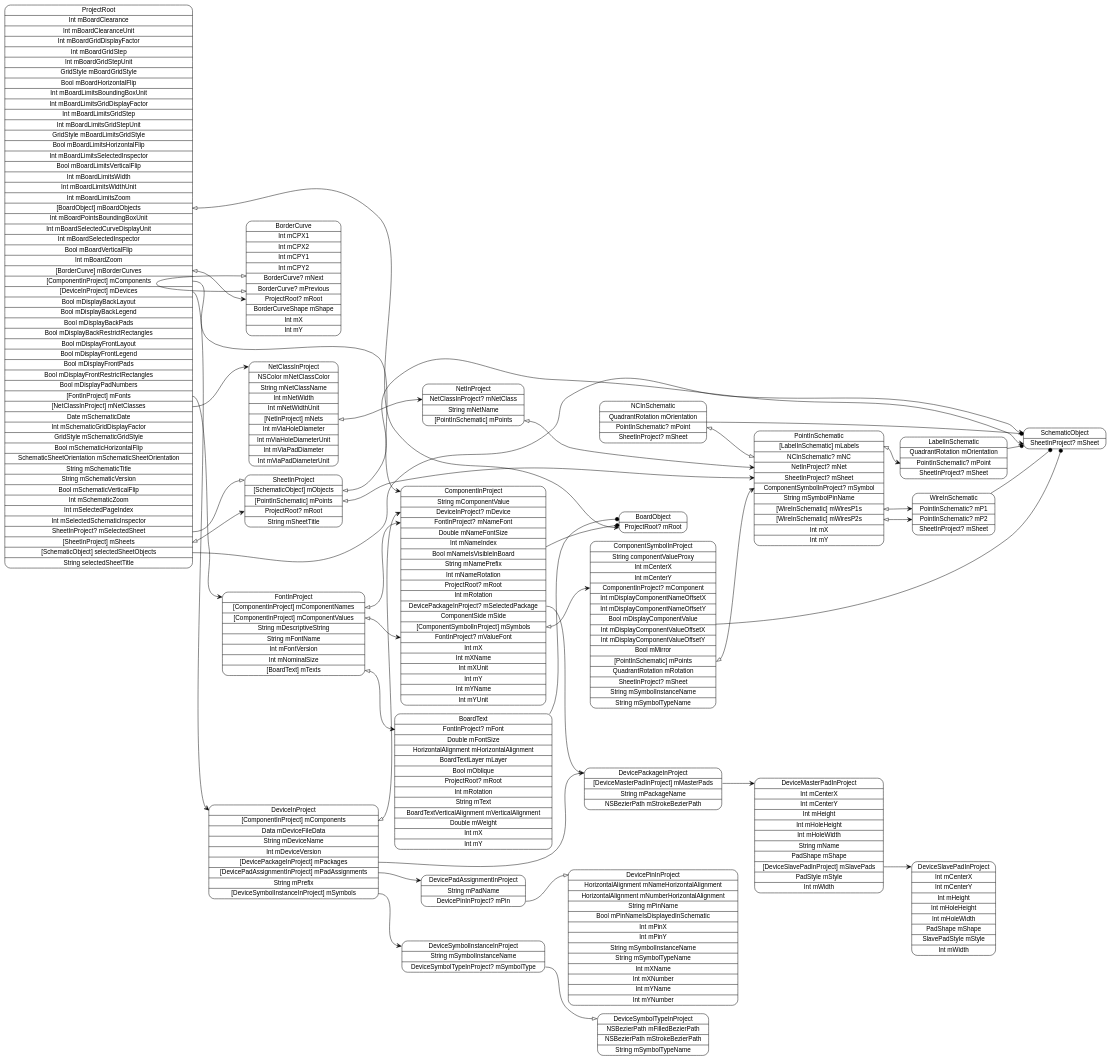
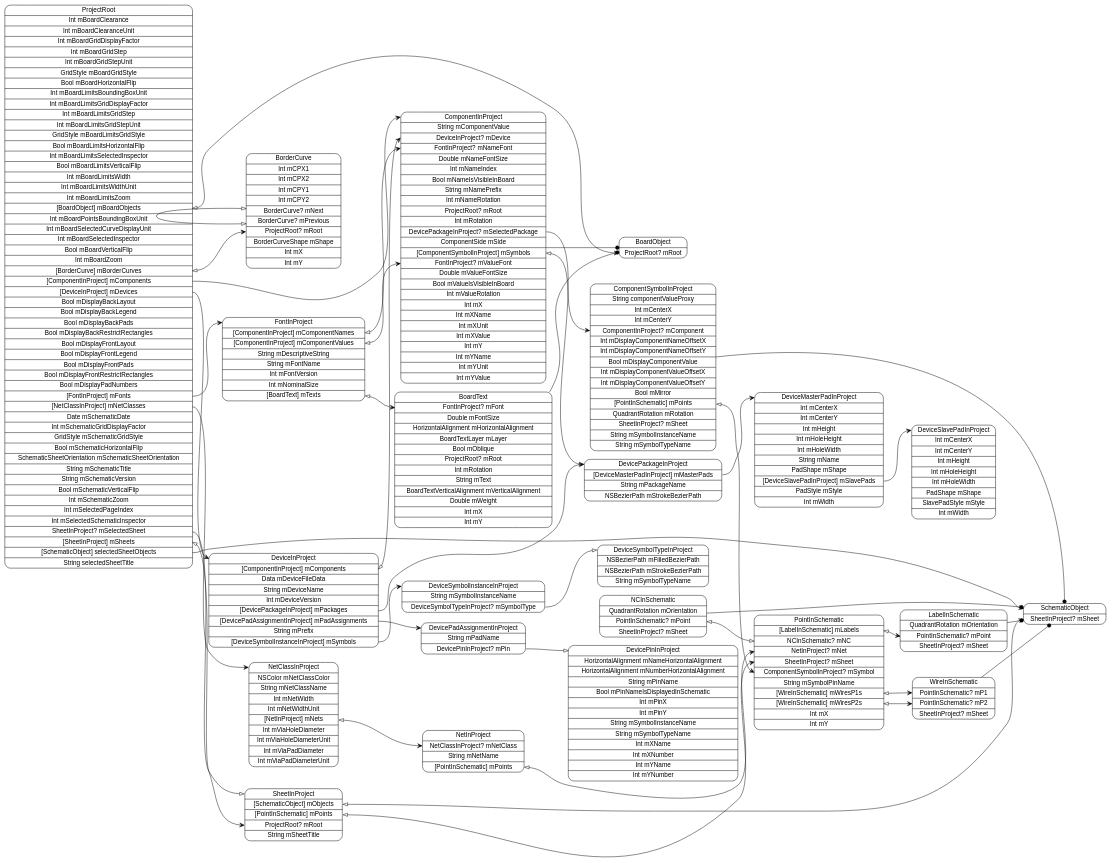
One commit to pierremolinaro/ElCanari-dev changed the diagram in models/ProjectRoot.dot. Above: the diagram before and after it, drawn with Graphviz. The commit also changed 14 other files, not shown here.

Commit message:
Component in board : display value

```diff
--- a/models/ProjectRoot.dot
+++ b/models/ProjectRoot.dot
@@ -1,65 +1,65 @@
 digraph G {
   rankdir=LR ;
   node [shape=record fontname=helvetica style=rounded] ;
   ProjectRoot[label="<ProjectRoot>ProjectRoot|Int mBoardClearance|Int mBoardClearanceUnit|Int mBoardGridDisplayFactor|Int mBoardGridStep|Int mBoardGridStepUnit|GridStyle mBoardGridStyle|Bool mBoardHorizontalFlip|Int mBoardLimitsBoundingBoxUnit|Int mBoardLimitsGridDisplayFactor|Int mBoardLimitsGridStep|Int mBoardLimitsGridStepUnit|GridStyle mBoardLimitsGridStyle|Bool mBoardLimitsHorizontalFlip|Int mBoardLimitsSelectedInspector|Bool mBoardLimitsVerticalFlip|Int mBoardLimitsWidth|Int mBoardLimitsWidthUnit|Int mBoardLimitsZoom|<mBoardObjects>[BoardObject] mBoardObjects|Int mBoardPointsBoundingBoxUnit|Int mBoardSelectedCurveDisplayUnit|Int mBoardSelectedInspector|Bool mBoardVerticalFlip|Int mBoardZoom|<mBorderCurves>[BorderCurve] mBorderCurves|<mComponents>[ComponentInProject] mComponents|<mDevices>[DeviceInProject] mDevices|Bool mDisplayBackLayout|Bool mDisplayBackLegend|Bool mDisplayBackPads|Bool mDisplayBackRestrictRectangles|Bool mDisplayFrontLayout|Bool mDisplayFrontLegend|Bool mDisplayFrontPads|Bool mDisplayFrontRestrictRectangles|Bool mDisplayPadNumbers|<mFonts>[FontInProject] mFonts|<mNetClasses>[NetClassInProject] mNetClasses|Date mSchematicDate|Int mSchematicGridDisplayFactor|GridStyle mSchematicGridStyle|Bool mSchematicHorizontalFlip|SchematicSheetOrientation mSchematicSheetOrientation|String mSchematicTitle|String mSchematicVersion|Bool mSchematicVerticalFlip|Int mSchematicZoom|Int mSelectedPageIndex|Int mSelectedSchematicInspector|<mSelectedSheet>SheetInProject? mSelectedSheet|<mSheets>[SheetInProject] mSheets|<selectedSheetObjects>[SchematicObject] selectedSheetObjects|String selectedSheetTitle"] ;
   SchematicObject[label="<SchematicObject>SchematicObject|<mSheet>SheetInProject? mSheet"] ;
   SheetInProject[label="<SheetInProject>SheetInProject|<mObjects>[SchematicObject] mObjects|<mPoints>[PointInSchematic] mPoints|<mRoot>ProjectRoot? mRoot|String mSheetTitle"] ;
   PointInSchematic[label="<PointInSchematic>PointInSchematic|<mLabels>[LabelInSchematic] mLabels|<mNC>NCInSchematic? mNC|<mNet>NetInProject? mNet|<mSheet>SheetInProject? mSheet|<mSymbol>ComponentSymbolInProject? mSymbol|String mSymbolPinName|<mWiresP1s>[WireInSchematic] mWiresP1s|<mWiresP2s>[WireInSchematic] mWiresP2s|Int mX|Int mY"] ;
   WireInSchematic[label="<WireInSchematic>WireInSchematic|<mP1>PointInSchematic? mP1|<mP2>PointInSchematic? mP2|<mSheet>SheetInProject? mSheet"] ;
   NCInSchematic[label="<NCInSchematic>NCInSchematic|QuadrantRotation mOrientation|<mPoint>PointInSchematic? mPoint|<mSheet>SheetInProject? mSheet"] ;
   LabelInSchematic[label="<LabelInSchematic>LabelInSchematic|QuadrantRotation mOrientation|<mPoint>PointInSchematic? mPoint|<mSheet>SheetInProject? mSheet"] ;
   NetClassInProject[label="<NetClassInProject>NetClassInProject|NSColor mNetClassColor|String mNetClassName|Int mNetWidth|Int mNetWidthUnit|<mNets>[NetInProject] mNets|Int mViaHoleDiameter|Int mViaHoleDiameterUnit|Int mViaPadDiameter|Int mViaPadDiameterUnit"] ;
   NetInProject[label="<NetInProject>NetInProject|<mNetClass>NetClassInProject? mNetClass|String mNetName|<mPoints>[PointInSchematic] mPoints"] ;
   FontInProject[label="<FontInProject>FontInProject|<mComponentNames>[ComponentInProject] mComponentNames|<mComponentValues>[ComponentInProject] mComponentValues|String mDescriptiveString|String mFontName|Int mFontVersion|Int mNominalSize|<mTexts>[BoardText] mTexts"] ;
   BoardText[label="<BoardText>BoardText|<mFont>FontInProject? mFont|Double mFontSize|HorizontalAlignment mHorizontalAlignment|BoardTextLayer mLayer|Bool mOblique|<mRoot>ProjectRoot? mRoot|Int mRotation|String mText|BoardTextVerticalAlignment mVerticalAlignment|Double mWeight|Int mX|Int mY"] ;
   DeviceInProject[label="<DeviceInProject>DeviceInProject|<mComponents>[ComponentInProject] mComponents|Data mDeviceFileData|String mDeviceName|Int mDeviceVersion|<mPackages>[DevicePackageInProject] mPackages|<mPadAssignments>[DevicePadAssignmentInProject] mPadAssignments|String mPrefix|<mSymbols>[DeviceSymbolInstanceInProject] mSymbols"] ;
   DeviceSymbolInstanceInProject[label="<DeviceSymbolInstanceInProject>DeviceSymbolInstanceInProject|String mSymbolInstanceName|<mSymbolType>DeviceSymbolTypeInProject? mSymbolType"] ;
   DeviceSymbolTypeInProject[label="<DeviceSymbolTypeInProject>DeviceSymbolTypeInProject|NSBezierPath mFilledBezierPath|NSBezierPath mStrokeBezierPath|String mSymbolTypeName"] ;
   DevicePadAssignmentInProject[label="<DevicePadAssignmentInProject>DevicePadAssignmentInProject|String mPadName|<mPin>DevicePinInProject? mPin"] ;
   DevicePinInProject[label="<DevicePinInProject>DevicePinInProject|HorizontalAlignment mNameHorizontalAlignment|HorizontalAlignment mNumberHorizontalAlignment|String mPinName|Bool mPinNameIsDisplayedInSchematic|Int mPinX|Int mPinY|String mSymbolInstanceName|String mSymbolTypeName|Int mXName|Int mXNumber|Int mYName|Int mYNumber"] ;
   DevicePackageInProject[label="<DevicePackageInProject>DevicePackageInProject|<mMasterPads>[DeviceMasterPadInProject] mMasterPads|String mPackageName|NSBezierPath mStrokeBezierPath"] ;
   DeviceMasterPadInProject[label="<DeviceMasterPadInProject>DeviceMasterPadInProject|Int mCenterX|Int mCenterY|Int mHeight|Int mHoleHeight|Int mHoleWidth|String mName|PadShape mShape|<mSlavePads>[DeviceSlavePadInProject] mSlavePads|PadStyle mStyle|Int mWidth"] ;
   DeviceSlavePadInProject[label="<DeviceSlavePadInProject>DeviceSlavePadInProject|Int mCenterX|Int mCenterY|Int mHeight|Int mHoleHeight|Int mHoleWidth|PadShape mShape|SlavePadStyle mStyle|Int mWidth"] ;
-  ComponentInProject[label="<ComponentInProject>ComponentInProject|String mComponentValue|<mDevice>DeviceInProject? mDevice|<mNameFont>FontInProject? mNameFont|Double mNameFontSize|Int mNameIndex|Bool mNameIsVisibleInBoard|String mNamePrefix|Int mNameRotation|<mRoot>ProjectRoot? mRoot|Int mRotation|<mSelectedPackage>DevicePackageInProject? mSelectedPackage|ComponentSide mSide|<mSymbols>[ComponentSymbolInProject] mSymbols|<mValueFont>FontInProject? mValueFont|Int mX|Int mXName|Int mXUnit|Int mY|Int mYName|Int mYUnit"] ;
+  ComponentInProject[label="<ComponentInProject>ComponentInProject|String mComponentValue|<mDevice>DeviceInProject? mDevice|<mNameFont>FontInProject? mNameFont|Double mNameFontSize|Int mNameIndex|Bool mNameIsVisibleInBoard|String mNamePrefix|Int mNameRotation|<mRoot>ProjectRoot? mRoot|Int mRotation|<mSelectedPackage>DevicePackageInProject? mSelectedPackage|ComponentSide mSide|<mSymbols>[ComponentSymbolInProject] mSymbols|<mValueFont>FontInProject? mValueFont|Double mValueFontSize|Bool mValueIsVisibleInBoard|Int mValueRotation|Int mX|Int mXName|Int mXUnit|Int mXValue|Int mY|Int mYName|Int mYUnit|Int mYValue"] ;
   ComponentSymbolInProject[label="<ComponentSymbolInProject>ComponentSymbolInProject|String componentValueProxy|Int mCenterX|Int mCenterY|<mComponent>ComponentInProject? mComponent|Int mDisplayComponentNameOffsetX|Int mDisplayComponentNameOffsetY|Bool mDisplayComponentValue|Int mDisplayComponentValueOffsetX|Int mDisplayComponentValueOffsetY|Bool mMirror|<mPoints>[PointInSchematic] mPoints|QuadrantRotation mRotation|<mSheet>SheetInProject? mSheet|String mSymbolInstanceName|String mSymbolTypeName"] ;
   BorderCurve[label="<BorderCurve>BorderCurve|Int mCPX1|Int mCPX2|Int mCPY1|Int mCPY2|<mNext>BorderCurve? mNext|<mPrevious>BorderCurve? mPrevious|<mRoot>ProjectRoot? mRoot|BorderCurveShape mShape|Int mX|Int mY"] ;
   BoardObject[label="<BoardObject>BoardObject|<mRoot>ProjectRoot? mRoot"] ;
   ProjectRoot:mBoardObjects -> BoardObject:mRoot [dir=both arrowtail=onormal arrowhead=vee] ;
   ProjectRoot:mBorderCurves -> BorderCurve:mRoot [dir=both arrowtail=onormal arrowhead=vee] ;
   ProjectRoot:mComponents -> ComponentInProject:ComponentInProject [dir=both arrowtail=none arrowhead=vee] ;
   ProjectRoot:mDevices -> DeviceInProject:DeviceInProject [dir=both arrowtail=none arrowhead=vee] ;
   ProjectRoot:mFonts -> FontInProject:FontInProject [dir=both arrowtail=none arrowhead=vee] ;
   ProjectRoot:mNetClasses -> NetClassInProject:NetClassInProject [dir=both arrowtail=none arrowhead=vee] ;
   ProjectRoot:mSelectedSheet -> SheetInProject:SheetInProject [dir=both arrowtail=none arrowhead=onormal] ;
   ProjectRoot:mSheets -> SheetInProject:mRoot [dir=both arrowtail=onormal arrowhead=vee] ;
   ProjectRoot:selectedSheetObjects -> SchematicObject:SchematicObject [dir=both arrowtail=none arrowhead=vee] ;
   SheetInProject:mObjects -> SchematicObject:mSheet [dir=both arrowtail=onormal arrowhead=vee] ;
   SheetInProject:mPoints -> PointInSchematic:mSheet [dir=both arrowtail=onormal arrowhead=vee] ;
   PointInSchematic:mLabels -> LabelInSchematic:mPoint [dir=both arrowtail=onormal arrowhead=vee] ;
   PointInSchematic:mWiresP1s -> WireInSchematic:mP1 [dir=both arrowtail=onormal arrowhead=vee] ;
   PointInSchematic:mWiresP2s -> WireInSchematic:mP2 [dir=both arrowtail=onormal arrowhead=vee] ;
   WireInSchematic -> SchematicObject [arrowhead=dot] ;
   NCInSchematic -> SchematicObject [arrowhead=dot] ;
   NCInSchematic:mPoint -> PointInSchematic:mNC [dir=both arrowtail=onormal arrowhead=onormal] ;
   LabelInSchematic -> SchematicObject [arrowhead=dot] ;
   NetClassInProject:mNets -> NetInProject:mNetClass [dir=both arrowtail=onormal arrowhead=vee] ;
   NetInProject:mPoints -> PointInSchematic:mNet [dir=both arrowtail=onormal arrowhead=vee] ;
   FontInProject:mComponentNames -> ComponentInProject:mNameFont [dir=both arrowtail=onormal arrowhead=vee] ;
   FontInProject:mComponentValues -> ComponentInProject:mValueFont [dir=both arrowtail=onormal arrowhead=vee] ;
   FontInProject:mTexts -> BoardText:mFont [dir=both arrowtail=onormal arrowhead=vee] ;
   BoardText -> BoardObject [arrowhead=dot] ;
   DeviceInProject:mComponents -> ComponentInProject:mDevice [dir=both arrowtail=onormal arrowhead=vee] ;
   DeviceInProject:mPackages -> DevicePackageInProject:DevicePackageInProject [dir=both arrowtail=none arrowhead=vee] ;
   DeviceInProject:mPadAssignments -> DevicePadAssignmentInProject:DevicePadAssignmentInProject [dir=both arrowtail=none arrowhead=vee] ;
   DeviceInProject:mSymbols -> DeviceSymbolInstanceInProject:DeviceSymbolInstanceInProject [dir=both arrowtail=none arrowhead=vee] ;
   DeviceSymbolInstanceInProject:mSymbolType -> DeviceSymbolTypeInProject:DeviceSymbolTypeInProject [dir=both arrowtail=none arrowhead=onormal] ;
   DevicePadAssignmentInProject:mPin -> DevicePinInProject:DevicePinInProject [dir=both arrowtail=none arrowhead=onormal] ;
   DevicePackageInProject:mMasterPads -> DeviceMasterPadInProject:DeviceMasterPadInProject [dir=both arrowtail=none arrowhead=vee] ;
   DeviceMasterPadInProject:mSlavePads -> DeviceSlavePadInProject:DeviceSlavePadInProject [dir=both arrowtail=none arrowhead=vee] ;
   ComponentInProject -> BoardObject [arrowhead=dot] ;
   ComponentInProject:mSelectedPackage -> DevicePackageInProject:DevicePackageInProject [dir=both arrowtail=none arrowhead=onormal] ;
   ComponentInProject:mSymbols -> ComponentSymbolInProject:mComponent [dir=both arrowtail=onormal arrowhead=vee] ;
   ComponentSymbolInProject -> SchematicObject [arrowhead=dot] ;
   ComponentSymbolInProject:mPoints -> PointInSchematic:mSymbol [dir=both arrowtail=onormal arrowhead=vee] ;
   BorderCurve:mPrevious -> BorderCurve:mNext [dir=both arrowtail=onormal arrowhead=onormal] ;
 }
```
